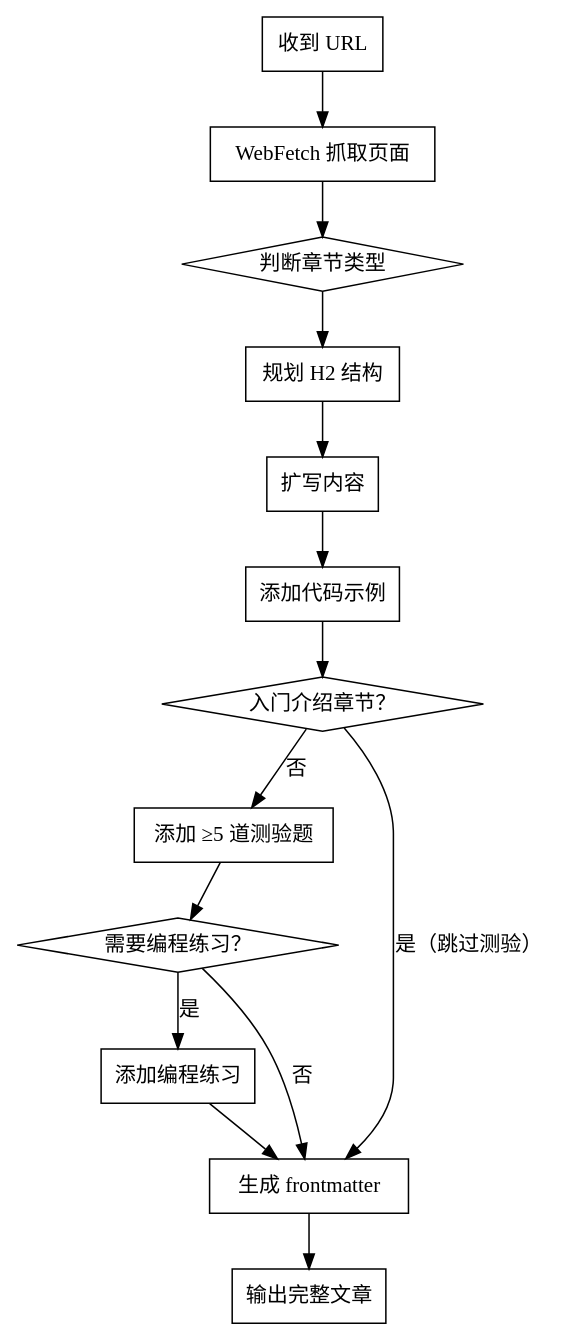
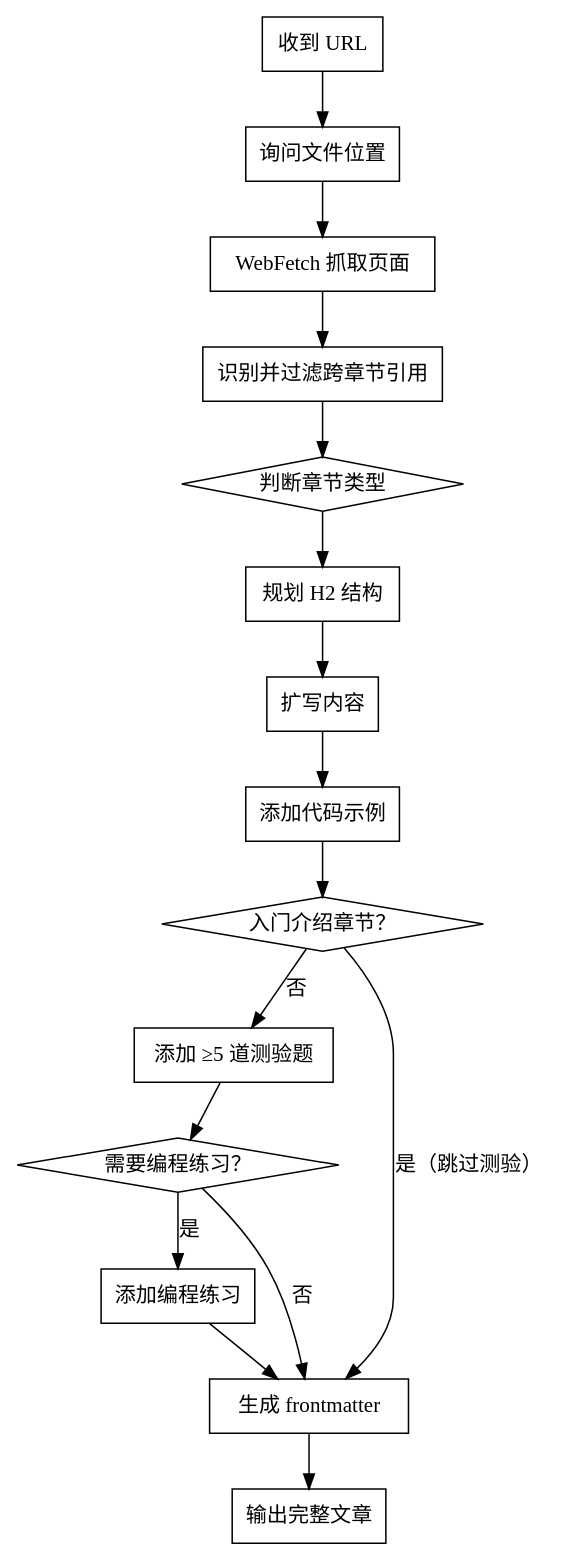
One commit to xyfx-fhw/HaloOSBlog changed the diagram in .claude/skills/rust-tutorial-writer/SKILL.md. Above: the diagram before and after it, drawn with Graphviz. The commit also changed other lines of this file, not shown here.

````diff
--- a/.claude/skills/rust-tutorial-writer/SKILL.md
+++ b/.claude/skills/rust-tutorial-writer/SKILL.md
@@ -14,30 +16,34 @@
 ```dot
 digraph rust_tutorial_writer {
     "收到 URL" [shape=box];
+    "询问文件位置" [shape=box];
     "WebFetch 抓取页面" [shape=box];
+    "识别并过滤跨章节引用" [shape=box];
     "判断章节类型" [shape=diamond];
     "规划 H2 结构" [shape=box];
     "扩写内容" [shape=box];
     "添加代码示例" [shape=box];
     "入门介绍章节？" [shape=diamond];
     "添加 ≥5 道测验题" [shape=box];
     "需要编程练习？" [shape=diamond];
     "添加编程练习" [shape=box];
     "生成 frontmatter" [shape=box];
     "输出完整文章" [shape=box];
 
-    "收到 URL" -> "WebFetch 抓取页面";
-    "WebFetch 抓取页面" -> "判断章节类型";
+    "收到 URL" -> "询问文件位置";
+    "询问文件位置" -> "WebFetch 抓取页面";
+    "WebFetch 抓取页面" -> "识别并过滤跨章节引用";
+    "识别并过滤跨章节引用" -> "判断章节类型";
     "判断章节类型" -> "规划 H2 结构";
     "规划 H2 结构" -> "扩写内容";
     "扩写内容" -> "添加代码示例";
     "添加代码示例" -> "入门介绍章节？";
     "入门介绍章节？" -> "生成 frontmatter" [label="是（跳过测验）"];
     "入门介绍章节？" -> "添加 ≥5 道测验题" [label="否"];
     "添加 ≥5 道测验题" -> "需要编程练习？";
     "需要编程练习？" -> "添加编程练习" [label="是"];
     "需要编程练习？" -> "生成 frontmatter" [label="否"];
     "添加编程练习" -> "生成 frontmatter";
     "生成 frontmatter" -> "输出完整文章";
 }
 ```
````
